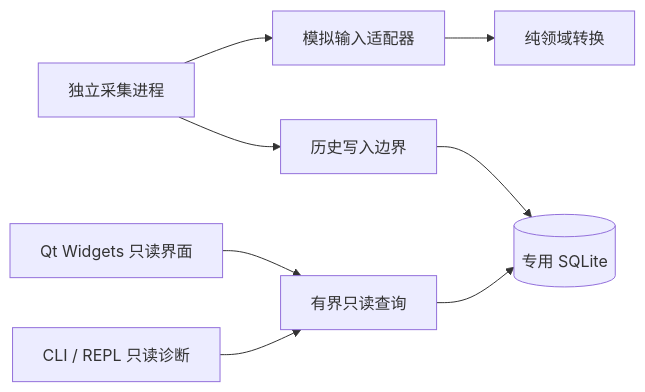
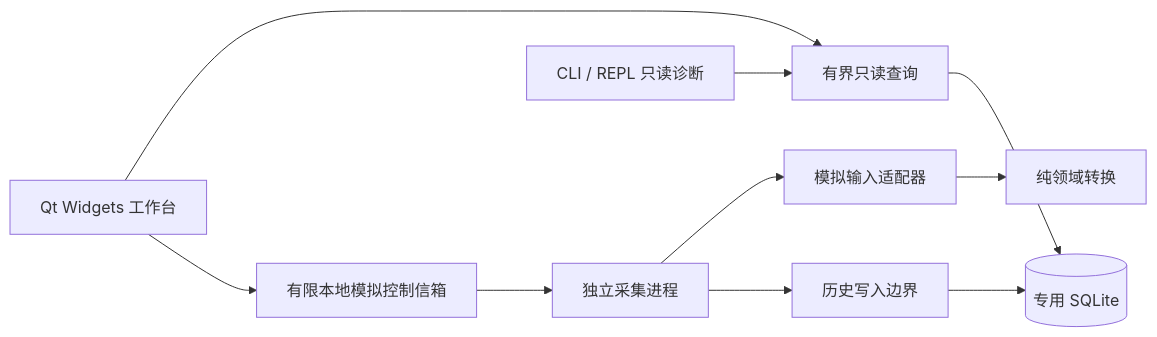
The diagram in ARCHITECTURE.md (Sentheecode/logistics_trans_pi), drawn with Mermaid before and after one commit. The commit also changed other lines of this file and 18 other files, not shown here.

````diff
--- a/ARCHITECTURE.md
+++ b/ARCHITECTURE.md
@@ -21,10 +23,12 @@
 ```mermaid
 flowchart LR
     S[模拟输入适配器] --> D[纯领域转换]
     C[独立采集进程] --> S
     C --> W[历史写入边界]
     W --> DB[(专用 SQLite)]
-    H[Qt Widgets 只读界面] --> R[有界只读查询]
+    H[Qt Widgets 工作台] --> R[有界只读查询]
     A[CLI / REPL 只读诊断] --> R
     R --> DB
+    H --> M[有限本地模拟控制信箱]
+    M --> C
 ```
````
